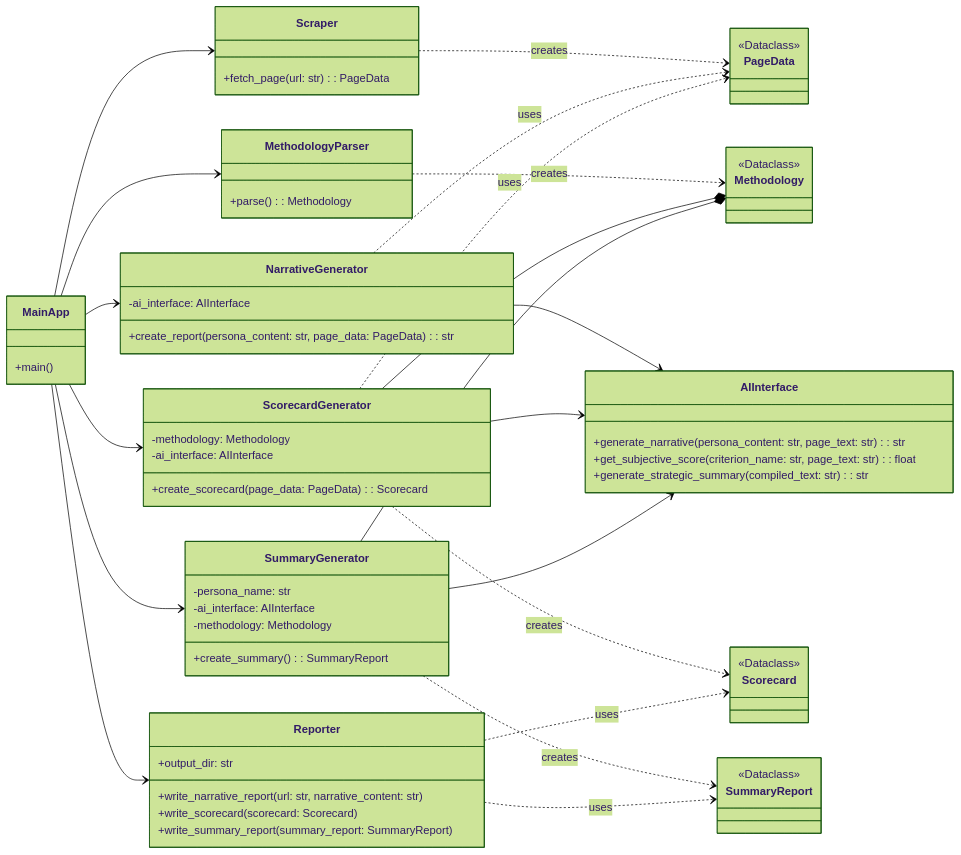
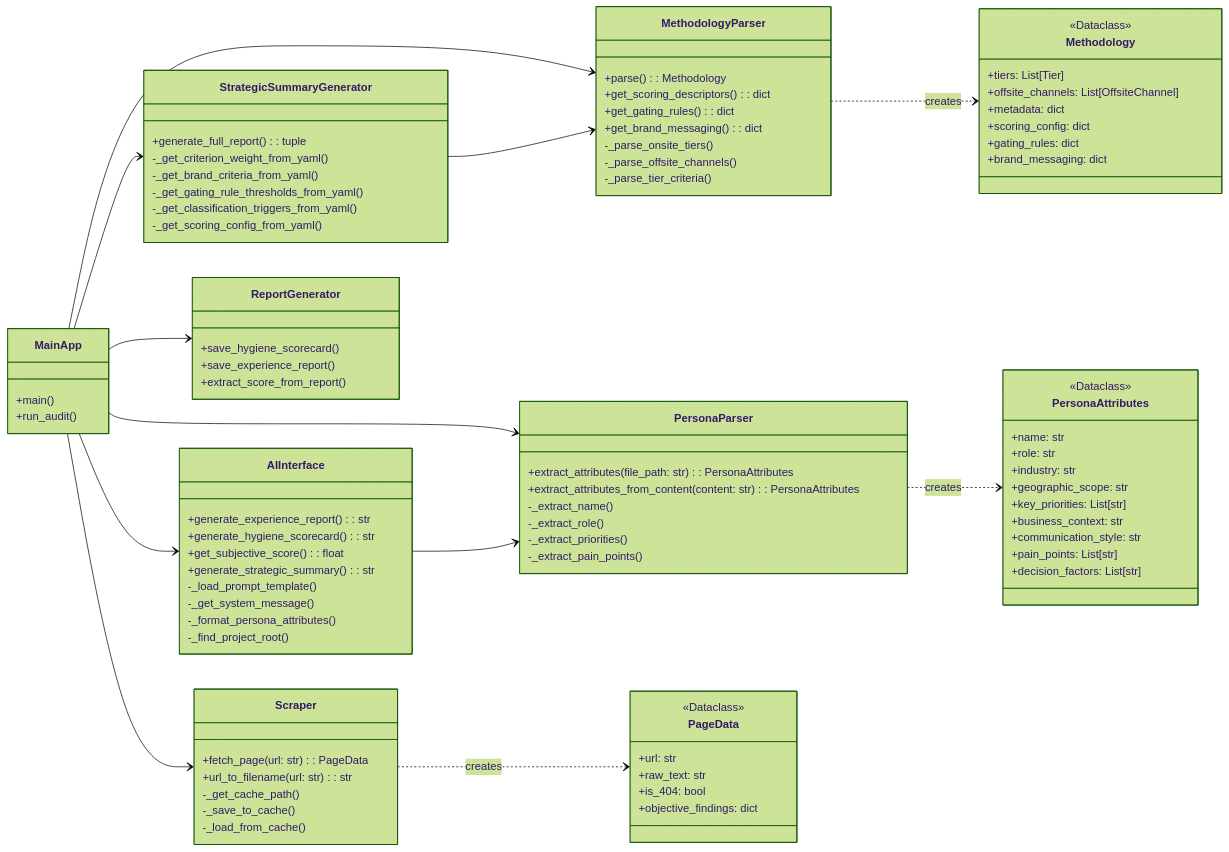
One commit to jasonlmagnus/sopra_steria changed the first of 2 diagrams in product/technical_architecture.md. Above: the diagram before and after it, drawn with Mermaid (forest theme). The commit also changed other lines of this file and 11 other files, not shown here.

Commit message:
docs(ui): add PRD, functional spec, technical architecture, implementation plan and updated UI spec; setup new product/ui folder

````diff
--- a/product/technical_architecture.md
+++ b/product/technical_architecture.md
@@ -15,77 +23,107 @@
 ```mermaid
 classDiagram
     direction LR
+
     class MainApp {
         +main()
+        +run_audit()
     }
 
     class Scraper {
         +fetch_page(url: str) : PageData
+        +url_to_filename(url: str) : str
+        -_get_cache_path()
+        -_save_to_cache()
+        -_load_from_cache()
     }
 
     class AIInterface {
-        +generate_narrative(persona_content: str, page_text: str) : str
-        +get_subjective_score(criterion_name: str, page_text: str) : float
-        +generate_strategic_summary(compiled_text: str) : str
+        +generate_experience_report() : str
+        +generate_hygiene_scorecard() : str
+        +get_subjective_score() : float
+        +generate_strategic_summary() : str
+        -_load_prompt_template()
+        -_get_system_message()
+        -_format_persona_attributes()
+        -_find_project_root()
     }
 
     class MethodologyParser {
-      +parse() : Methodology
+        +parse() : Methodology
+        +get_scoring_descriptors() : dict
+        +get_gating_rules() : dict
+        +get_brand_messaging() : dict
+        -_parse_onsite_tiers()
+        -_parse_offsite_channels()
+        -_parse_tier_criteria()
     }
 
-    class NarrativeGenerator {
-        -ai_interface: AIInterface
-        +create_report(persona_content: str, page_data: PageData) : str
+    class PersonaParser {
+        +extract_attributes(file_path: str) : PersonaAttributes
+        +extract_attributes_from_content(content: str) : PersonaAttributes
+        -_extract_name()
+        -_extract_role()
+        -_extract_priorities()
+        -_extract_pain_points()
     }
 
-    class ScorecardGenerator {
-        -methodology: Methodology
-        -ai_interface: AIInterface
-        +create_scorecard(page_data: PageData) : Scorecard
+    class ReportGenerator {
+        +save_hygiene_scorecard()
+        +save_experience_report()
+        +extract_score_from_report()
     }
 
-    class SummaryGenerator {
-        -persona_name: str
-        -ai_interface: AIInterface
-        -methodology: Methodology
-        +create_summary() : SummaryReport
+    class StrategicSummaryGenerator {
+        +generate_full_report() : tuple
+        -_get_criterion_weight_from_yaml()
+        -_get_brand_criteria_from_yaml()
+        -_get_gating_rule_thresholds_from_yaml()
+        -_get_classification_triggers_from_yaml()
+        -_get_scoring_config_from_yaml()
     }
 
-    class Reporter {
-        +output_dir: str
-        +write_narrative_report(url: str, narrative_content: str)
-        +write_scorecard(scorecard: Scorecard)
-        +write_summary_report(summary_report: SummaryReport)
+    class PageData {
+        <<Dataclass>>
+        +url: str
+        +raw_text: str
+        +is_404: bool
+        +objective_findings: dict
     }
 
-    class PageData { <<Dataclass>> }
-    class Scorecard { <<Dataclass>> }
-    class SummaryReport { <<Dataclass>> }
-    class Methodology { <<Dataclass>> }
+    class PersonaAttributes {
+        <<Dataclass>>
+        +name: str
+        +role: str
+        +industry: str
+        +geographic_scope: str
+        +key_priorities: List[str]
+        +business_context: str
+        +communication_style: str
+        +pain_points: List[str]
+        +decision_factors: List[str]
+    }
 
+    class Methodology {
+        <<Dataclass>>
+        +tiers: List[Tier]
+        +offsite_channels: List[OffsiteChannel]
+        +metadata: dict
+        +scoring_config: dict
+        +gating_rules: dict
+        +brand_messaging: dict
+    }
 
     MainApp --> Scraper
     MainApp --> MethodologyParser
-    MainApp --> NarrativeGenerator
-    MainApp --> ScorecardGenerator
-    MainApp --> SummaryGenerator
-    MainApp --> Reporter
+    MainApp --> PersonaParser
+    MainApp --> AIInterface
+    MainApp --> ReportGenerator
+    MainApp --> StrategicSummaryGenerator
 
-    NarrativeGenerator --> AIInterface
-    ScorecardGenerator --> AIInterface
-    SummaryGenerator --> AIInterface
+    AIInterface --> PersonaParser
+    StrategicSummaryGenerator --> MethodologyParser
 
     Scraper ..> PageData : creates
     MethodologyParser ..> Methodology : creates
-    ScorecardGenerator ..> Scorecard : creates
-    SummaryGenerator ..> SummaryReport : creates
-
-    ScorecardGenerator --* Methodology
-    SummaryGenerator --* Methodology
-
-    NarrativeGenerator ..> PageData : uses
-    ScorecardGenerator ..> PageData : uses
-
-    Reporter ..> Scorecard : uses
-    Reporter ..> SummaryReport : uses
+    PersonaParser ..> PersonaAttributes : creates
 ```
````
